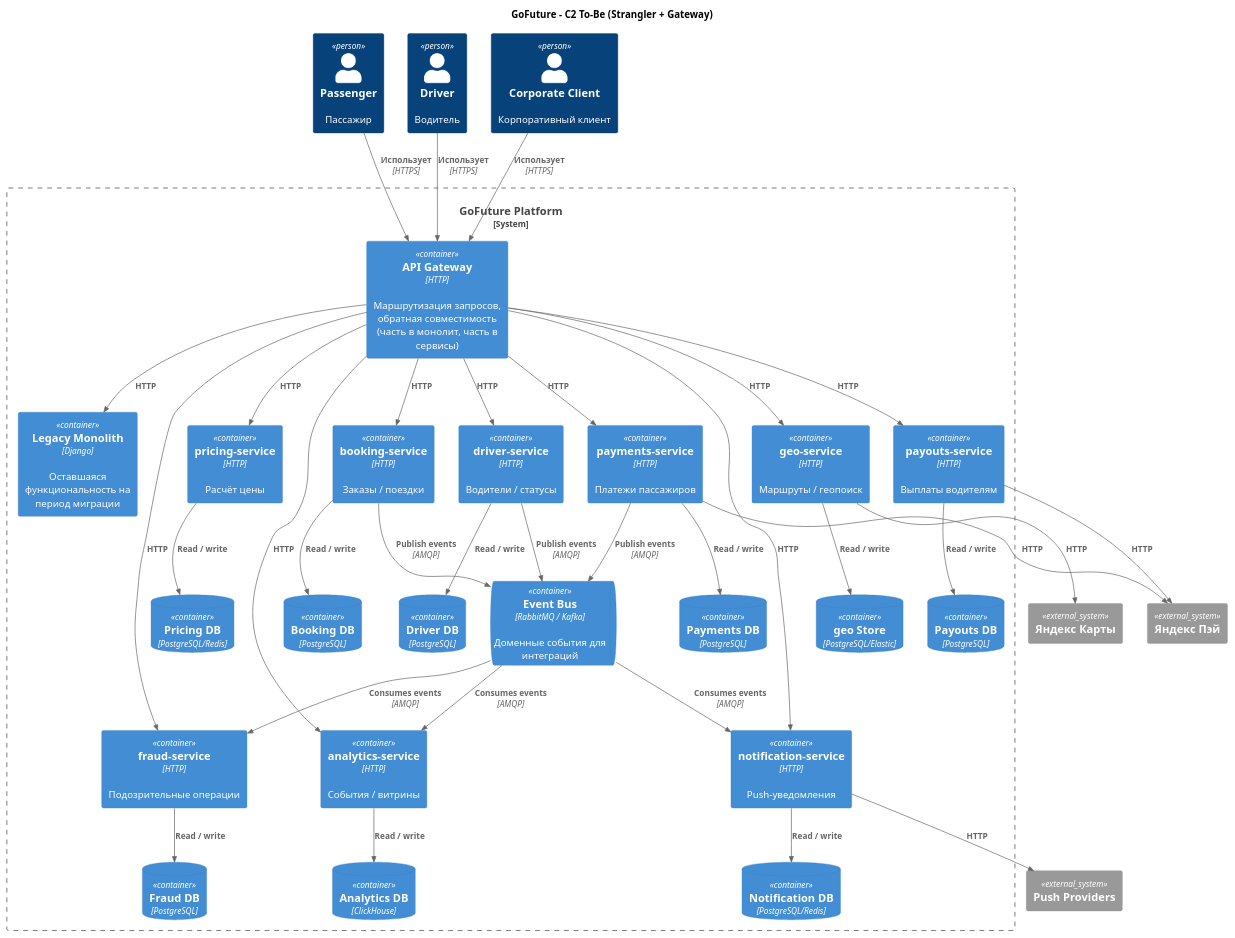
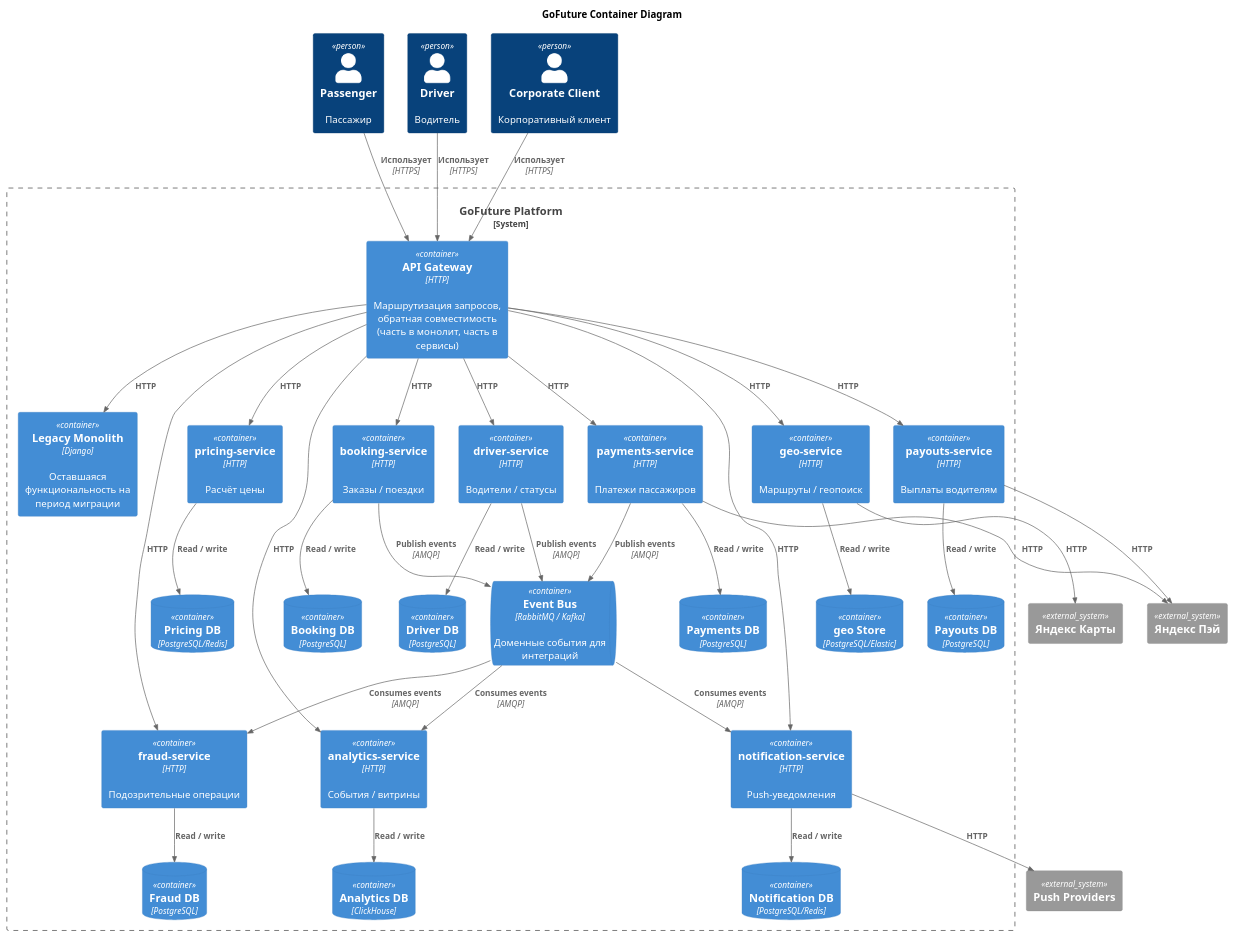
Before and after one commit to WowSoLaggy/MSA-GoFuture: the diagram in task1/c2-to-be.puml, drawn with PlantUML. The commit also changed 4 other files, not shown here.

```diff
--- a/task1/c2-to-be.puml
+++ b/task1/c2-to-be.puml
@@ -1,81 +1,81 @@
-@startuml C2_ToBe_GoFuture
+@startuml c2-to-be.puml
 !include https://raw.githubusercontent.com/plantuml-stdlib/C4-PlantUML/master/C4_Container.puml
 
-title GoFuture - C2 To-Be (Strangler + Gateway)
+title GoFuture Container Diagram
 
 Person(passenger, "Passenger", "Пассажир")
 Person(driver, "Driver", "Водитель")
 Person(corporate, "Corporate Client", "Корпоративный клиент")
 
 System_Boundary(gofuture, "GoFuture Platform") {
 
   Container(gateway, "API Gateway", "HTTP", "Маршрутизация запросов, обратная совместимость (часть в монолит, часть в сервисы)")
 
   Container(monolith, "Legacy Monolith", "Django", "Оставшаяся функциональность на период миграции")
 
   Container(booking, "booking-service", "HTTP", "Заказы / поездки")
   Container(driver_s, "driver-service", "HTTP", "Водители / статусы")
   Container(pricing, "pricing-service", "HTTP", "Расчёт цены")
   Container(geo, "geo-service", "HTTP", "Маршруты / геопоиск")
   Container(payments, "payments-service", "HTTP", "Платежи пассажиров")
   Container(payouts, "payouts-service", "HTTP", "Выплаты водителям")
   Container(notification, "notification-service", "HTTP", "Push-уведомления")
   Container(fraud, "fraud-service", "HTTP", "Подозрительные операции")
   Container(analytics, "analytics-service", "HTTP", "События / витрины")
 
   ContainerQueue(event_bus, "Event Bus", "RabbitMQ / Kafka", "Доменные события для интеграций")
 
   ContainerDb(booking_db, "Booking DB", "PostgreSQL")
   ContainerDb(driver_db, "Driver DB", "PostgreSQL")
   ContainerDb(pricing_db, "Pricing DB", "PostgreSQL/Redis")
   ContainerDb(geo_db, "geo Store", "PostgreSQL/Elastic")
   ContainerDb(payments_db, "Payments DB", "PostgreSQL")
   ContainerDb(payouts_db, "Payouts DB", "PostgreSQL")
   ContainerDb(notification_db, "Notification DB", "PostgreSQL/Redis")
   ContainerDb(fraud_db, "Fraud DB", "PostgreSQL")
   ContainerDb(analytics_db, "Analytics DB", "ClickHouse")
 
 }
 
 System_Ext(yandex_pay, "Яндекс Пэй")
 System_Ext(yandex_maps, "Яндекс Карты")
 System_Ext(push, "Push Providers")
 
 Rel(passenger, gateway, "Использует", "HTTPS")
 Rel(driver, gateway, "Использует", "HTTPS")
 Rel(corporate, gateway, "Использует", "HTTPS")
 
 Rel(gateway, monolith, "HTTP")
 Rel(gateway, booking, "HTTP")
 Rel(gateway, driver_s, "HTTP")
 Rel(gateway, pricing, "HTTP")
 Rel(gateway, geo, "HTTP")
 Rel(gateway, payments, "HTTP")
 Rel(gateway, payouts, "HTTP")
 Rel(gateway, notification, "HTTP")
 Rel(gateway, fraud, "HTTP")
 Rel(gateway, analytics, "HTTP")
 
 Rel(booking, booking_db, "Read / write")
 Rel(driver_s, driver_db, "Read / write")
 Rel(pricing, pricing_db, "Read / write")
 Rel(geo, geo_db, "Read / write")
 Rel(payments, payments_db, "Read / write")
 Rel(payouts, payouts_db, "Read / write")
 Rel(notification, notification_db, "Read / write")
 Rel(fraud, fraud_db, "Read / write")
 Rel(analytics, analytics_db, "Read / write")
 
 Rel(payments, yandex_pay, "HTTP")
 Rel(payouts, yandex_pay, "HTTP")
 Rel(geo, yandex_maps, "HTTP")
 Rel(notification, push, "HTTP")
 
 Rel(booking, event_bus, "Publish events", "AMQP")
 Rel(payments, event_bus, "Publish events", "AMQP")
 Rel(driver_s, event_bus, "Publish events", "AMQP")
 Rel(event_bus, analytics, "Consumes events", "AMQP")
 Rel(event_bus, notification, "Consumes events", "AMQP")
 Rel(event_bus, fraud, "Consumes events", "AMQP")
 
 @enduml
```
